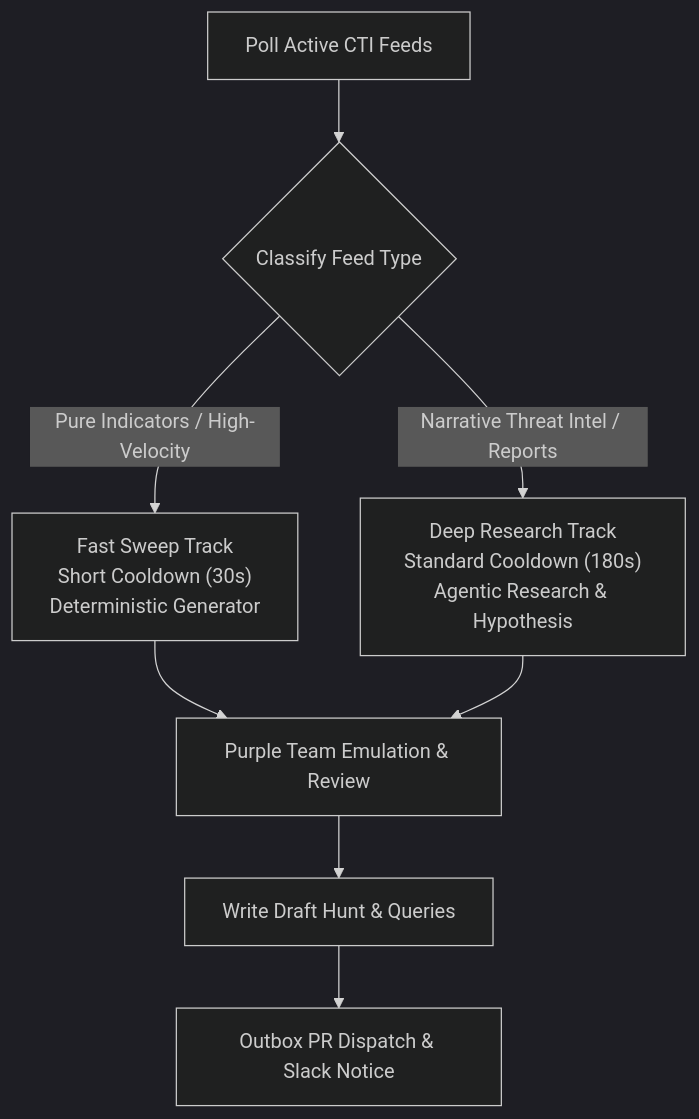
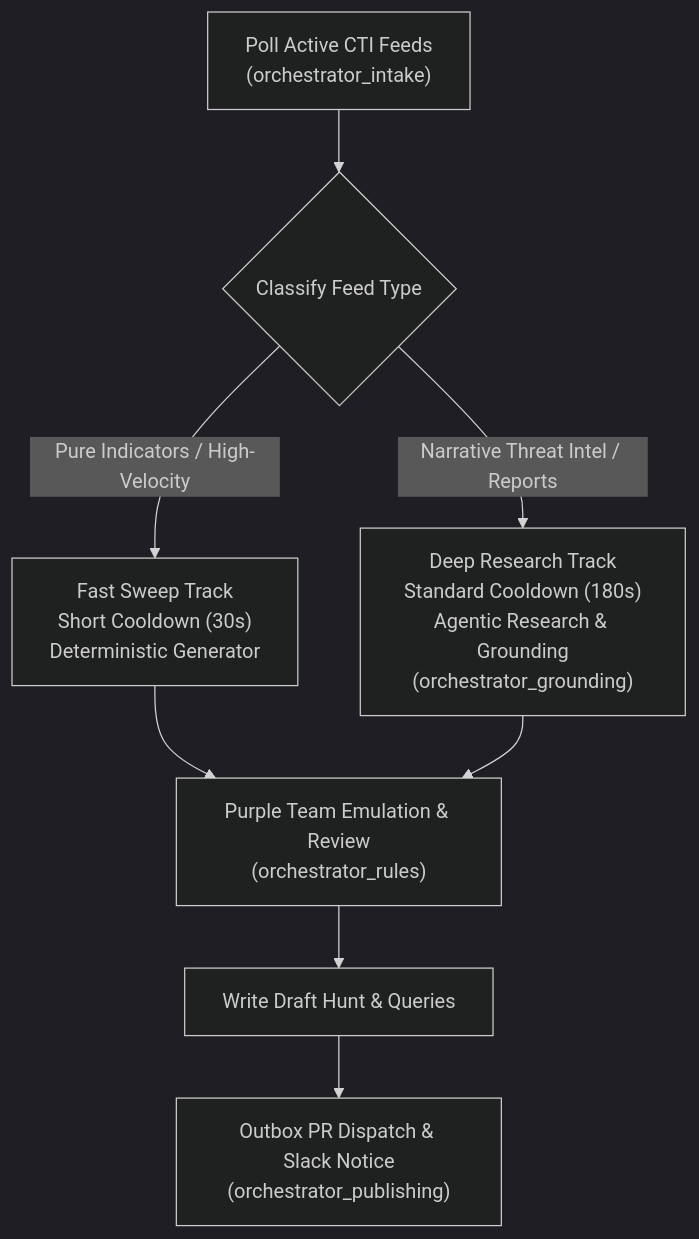
Before and after one commit to Hecate-Org/Hecate-Runner: the third of 4 diagrams in docs/ARCHITECTURE.md, drawn with Mermaid (dark theme). The commit also changed other lines of this file and 93 other files, not shown here.

````diff
--- a/docs/ARCHITECTURE.md
+++ b/docs/ARCHITECTURE.md
@@ -114,10 +119,10 @@
 ```mermaid
 flowchart TD
-    POLL["Poll Active CTI Feeds"] --> DUAL{"Classify Feed Type"}
+    POLL["Poll Active CTI Feeds<br/>(orchestrator_intake)"] --> DUAL{"Classify Feed Type"}
     DUAL -- "Pure Indicators / High-Velocity" --> SWEEP["Fast Sweep Track<br/>Short Cooldown (30s)<br/>Deterministic Generator"]
-    DUAL -- "Narrative Threat Intel / Reports" --> DEEP["Deep Research Track<br/>Standard Cooldown (180s)<br/>Agentic Research & Hypothesis"]
-    SWEEP --> EMULATE["Purple Team Emulation & Review"]
+    DUAL -- "Narrative Threat Intel / Reports" --> DEEP["Deep Research Track<br/>Standard Cooldown (180s)<br/>Agentic Research & Grounding<br/>(orchestrator_grounding)"]
+    SWEEP --> EMULATE["Purple Team Emulation & Review<br/>(orchestrator_rules)"]
     DEEP --> EMULATE
     EMULATE --> DRAFT["Write Draft Hunt & Queries"]
-    DRAFT --> SYNC["Outbox PR Dispatch & Slack Notice"]
+    DRAFT --> SYNC["Outbox PR Dispatch & Slack Notice<br/>(orchestrator_publishing)"]
 ```
````
